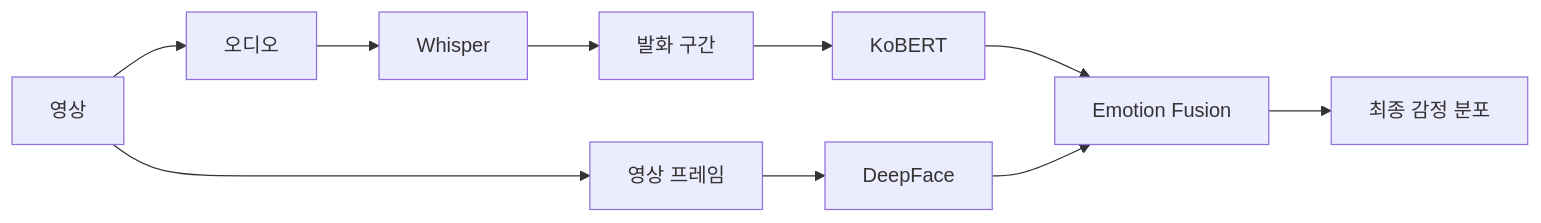
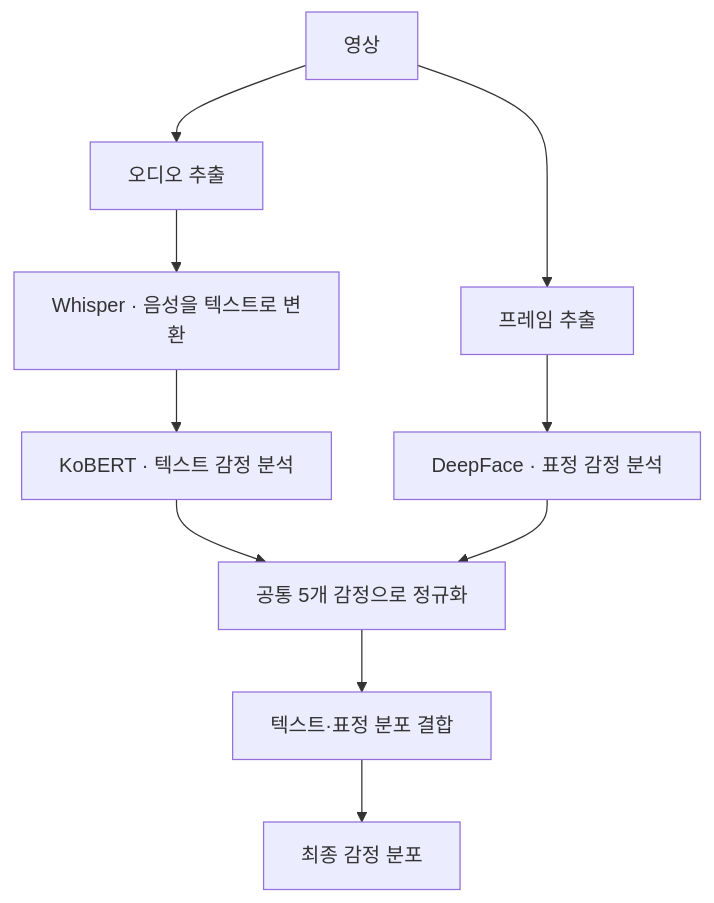
One commit to 1rkdwlgns1/emotion-diary changed the second of 2 diagrams in README.md. Above: the diagram before and after it, drawn with Mermaid. The commit also changed other lines of this file, not shown here.

Commit message:
Revise emotion analysis descriptions in README

````diff
--- a/README.md
+++ b/README.md
@@ -158,18 +142,12 @@
 ```mermaid
-flowchart LR
-    Video["영상"]
-
-    Video --> Audio["오디오"]
-    Video --> Frame["영상 프레임"]
-
-    Audio --> Whisper["Whisper"]
-    Whisper --> Text["발화 구간"]
-    Text --> KoBERT["KoBERT"]
-
-    Frame --> DeepFace["DeepFace"]
-
-    KoBERT --> Fusion["Emotion Fusion"]
-    DeepFace --> Fusion
-
+flowchart TD
+    Video["영상"] --> Audio["오디오 추출"]
+    Video --> Frame["프레임 추출"]
+    Audio --> Whisper["Whisper · 음성을 텍스트로 변환"]
+    Whisper --> KoBERT["KoBERT · 텍스트 감정 분석"]
+    Frame --> DeepFace["DeepFace · 표정 감정 분석"]
+    KoBERT --> Normalize["공통 5개 감정으로 정규화"]
+    DeepFace --> Normalize
+    Normalize --> Fusion["텍스트·표정 분포 결합"]
     Fusion --> Result["최종 감정 분포"]
 ```
````
